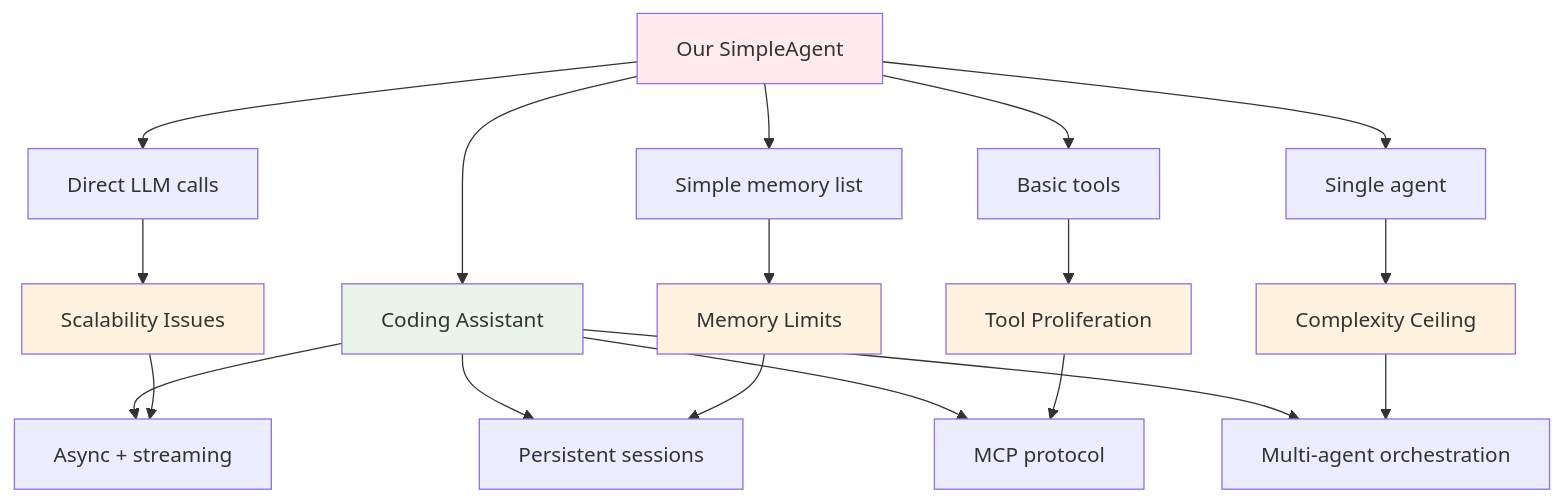
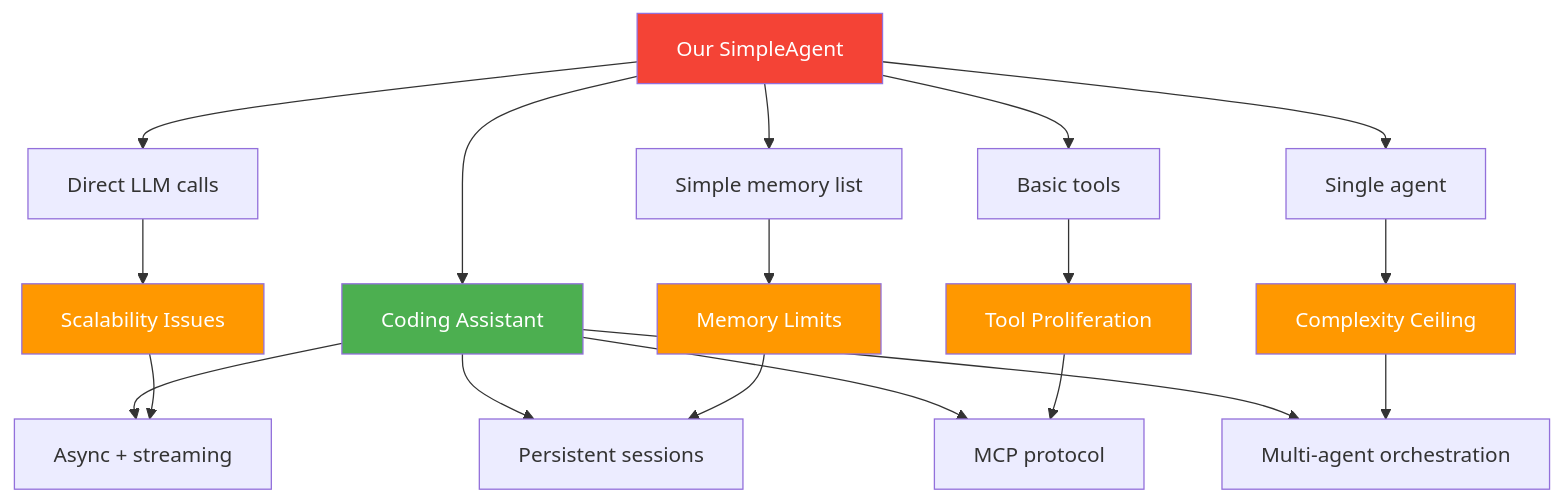
Before and after one commit to fwornle/agentic-ai-nano: diagram 16 of 17 in docs-content/01_frameworks/Session1_ModuleD_Coding_Assistant_Case_Study.md, drawn with Mermaid. The commit also changed other lines of this file, not shown here.

Commit message:
docs: review Option D, styling (mermaid)

````diff
--- a/docs-content/01_frameworks/Session1_ModuleD_Coding_Assistant_Case_Study.md
+++ b/docs-content/01_frameworks/Session1_ModuleD_Coding_Assistant_Case_Study.md
@@ -986,31 +986,31 @@
 ```mermaid
 graph TD
     SIMPLE[Our SimpleAgent] --> PROD[Coding Assistant]
     
     SIMPLE --> S1[Direct LLM calls]
     SIMPLE --> S2[Simple memory list]
     SIMPLE --> S3[Basic tools]
     SIMPLE --> S4[Single agent]
     
     PROD --> P1[Async + streaming]
     PROD --> P2[Persistent sessions]  
     PROD --> P3[MCP protocol]
     PROD --> P4[Multi-agent orchestration]
     
     S1 --> SCALE1[Scalability Issues]
     S2 --> SCALE2[Memory Limits]
     S3 --> SCALE3[Tool Proliferation]
     S4 --> SCALE4[Complexity Ceiling]
     
     SCALE1 --> P1
     SCALE2 --> P2
     SCALE3 --> P3
     SCALE4 --> P4
     
-    style SIMPLE fill:#ffebee
-    style PROD fill:#e8f5e8
-    style SCALE1 fill:#fff3e0
-    style SCALE2 fill:#fff3e0
-    style SCALE3 fill:#fff3e0
-    style SCALE4 fill:#fff3e0
+    style SIMPLE fill:#F44336,color:#ffffff
+    style PROD fill:#4CAF50,color:#ffffff
+    style SCALE1 fill:#FF9800,color:#ffffff
+    style SCALE2 fill:#FF9800,color:#ffffff
+    style SCALE3 fill:#FF9800,color:#ffffff
+    style SCALE4 fill:#FF9800,color:#ffffff
 ```
````
